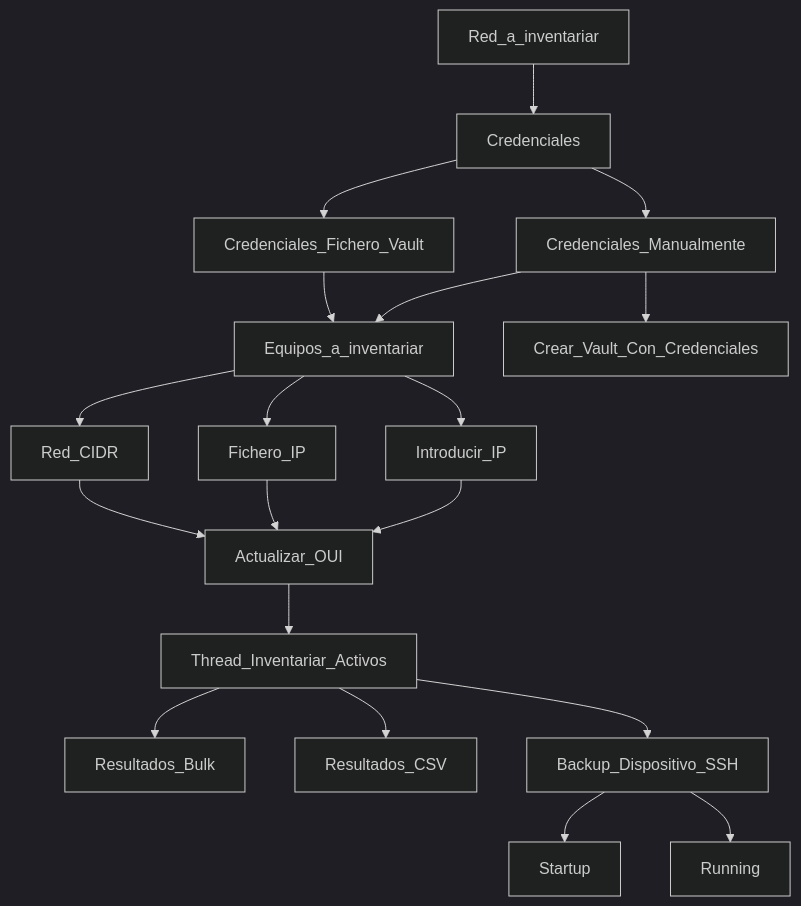
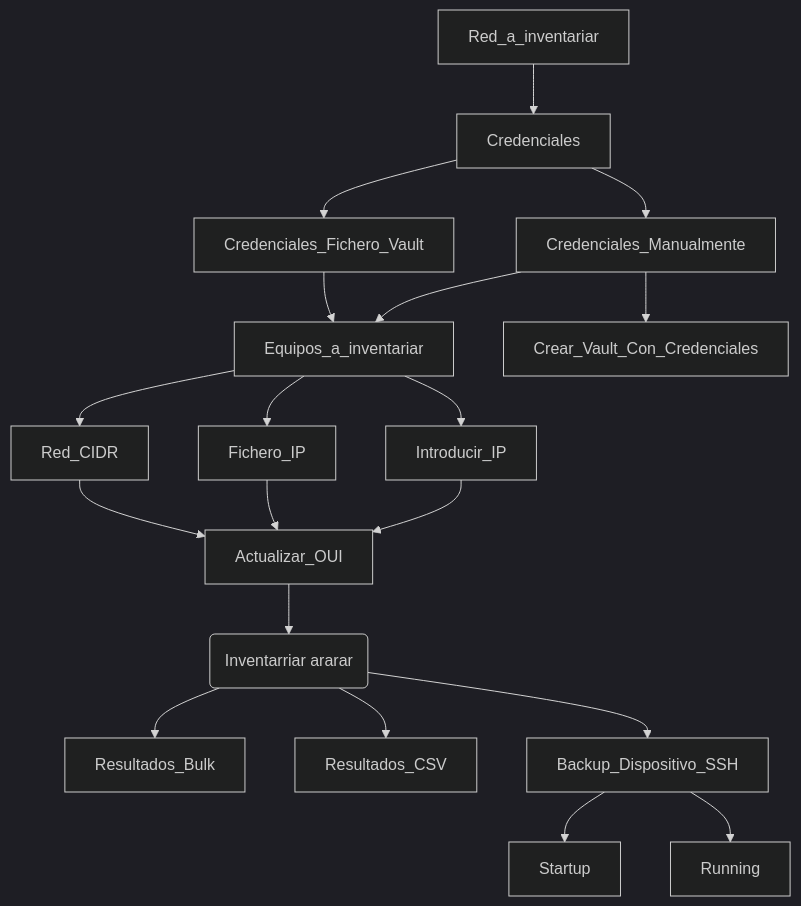
The diagram in README.md (fmbrieva/test_readme), drawn with Mermaid (dark theme) before and after one commit.

````diff
--- a/README.md
+++ b/README.md
@@ -39,21 +39,21 @@
 ```mermaid
 graph TD;
     Red_a_inventariar-->Credenciales;
     Credenciales-->Credenciales_Fichero_Vault;
     Credenciales-->Credenciales_Manualmente;
     Credenciales_Fichero_Vault-->Equipos_a_inventariar;
     Credenciales_Manualmente-->Equipos_a_inventariar;
     Credenciales_Manualmente-->Crear_Vault_Con_Credenciales;
     Equipos_a_inventariar-->Red_CIDR;
     Equipos_a_inventariar-->Fichero_IP;
     Equipos_a_inventariar-->Introducir_IP;
     Red_CIDR-->Actualizar_OUI;
     Fichero_IP-->Actualizar_OUI;
     Introducir_IP-->Actualizar_OUI;
-    Actualizar_OUI--> Thread_Inventariar_Activos;
+    Actualizar_OUI--> Thread_Inventariar_Activos(Inventarriar ararar);
     Thread_Inventariar_Activos-->Resultados_Bulk;
     Thread_Inventariar_Activos-->Resultados_CSV;
     Thread_Inventariar_Activos-->Backup_Dispositivo_SSH;
     Backup_Dispositivo_SSH-->Startup;
     Backup_Dispositivo_SSH-->Running;
 ```
````
